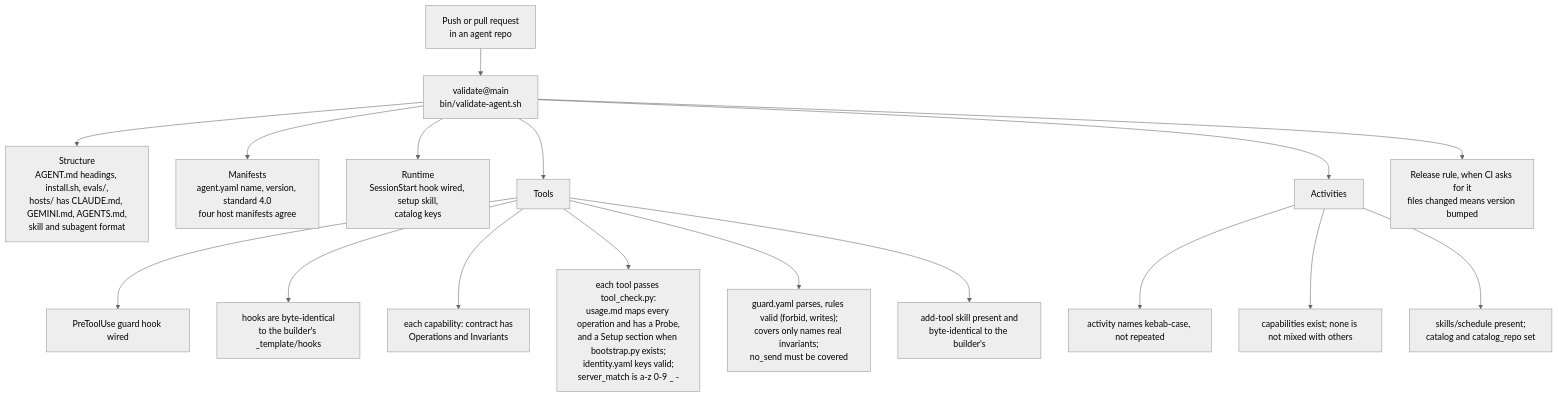
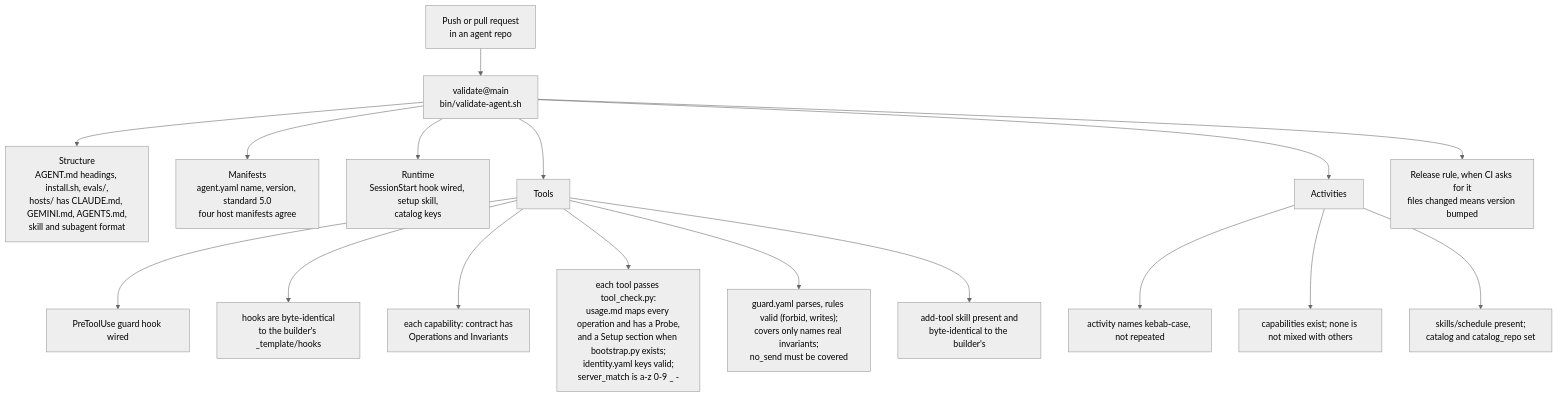
The second of 6 diagrams in docs/how-it-works.md (webspenser/agent-builder), drawn with Mermaid (neutral theme) before and after one commit. The commit also changed other lines of this file and 3 other files, not shown here.

Commit message:
docs: Agent Standard 5.0 — agent guard policy, update-only forbid, recorded field IDs

````diff
--- a/docs/how-it-works.md
+++ b/docs/how-it-works.md
@@ -166,19 +166,19 @@
 ```mermaid
 flowchart TD
   S["Push or pull request<br/>in an agent repo"] --> V["validate@main<br/>bin/validate-agent.sh"]
   V --> ST["Structure<br/>AGENT.md headings, install.sh, evals/,<br/>hosts/ has CLAUDE.md, GEMINI.md, AGENTS.md,<br/>skill and subagent format"]
-  V --> MF["Manifests<br/>agent.yaml name, version, standard 4.0<br/>four host manifests agree"]
+  V --> MF["Manifests<br/>agent.yaml name, version, standard 5.0<br/>four host manifests agree"]
   V --> RT["Runtime<br/>SessionStart hook wired, setup skill,<br/>catalog keys"]
   V --> TL["Tools"]
   V --> AC["Activities"]
   V --> BU["Release rule, when CI asks for it<br/>files changed means version bumped"]
   TL --> T1["PreToolUse guard hook wired"]
   TL --> T2["hooks are byte-identical<br/>to the builder's _template/hooks"]
   TL --> T3["each capability: contract has<br/>Operations and Invariants"]
   TL --> T4["each tool passes tool_check.py:<br/>usage.md maps every operation and has a Probe,<br/>and a Setup section when bootstrap.py exists;<br/>identity.yaml keys valid;<br/>server_match is a-z 0-9 _ -"]
   TL --> T5["guard.yaml parses, rules valid (forbid, writes);<br/>covers only names real invariants;<br/>no_send must be covered"]
   TL --> T6["add-tool skill present and<br/>byte-identical to the builder's"]
   AC --> A1["activity names kebab-case, not repeated"]
   AC --> A2["capabilities exist; none is not mixed with others"]
   AC --> A3["skills/schedule present;<br/>catalog and catalog_repo set"]
 ```
````
